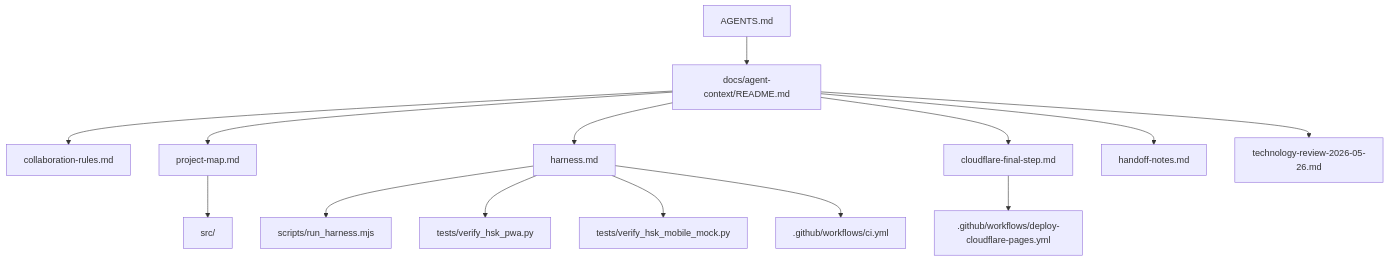
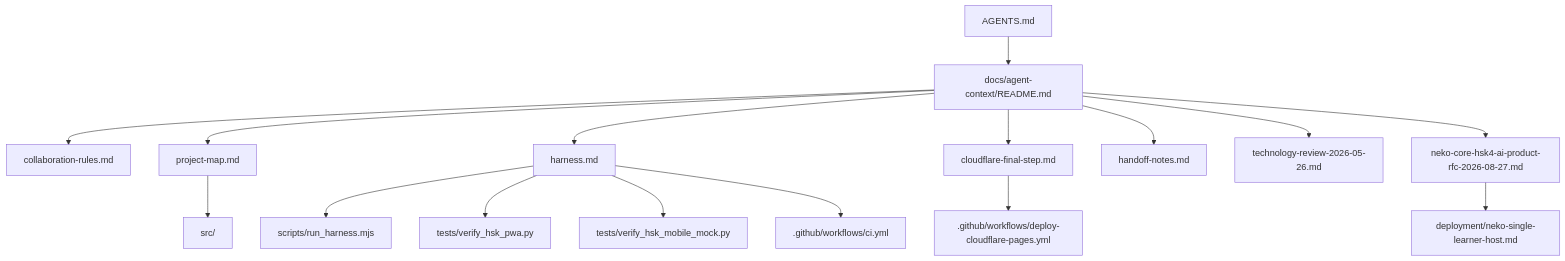
One commit to meiiie/hong_hsk changed the diagram in docs/agent-context/README.md. Above: the diagram before and after it, drawn with Mermaid. The commit also changed other lines of this file and 67 other files, not shown here.

First line of the commit message:
Remove legacy AI and prepare Neko Core foundation (#31)

````diff
--- a/docs/agent-context/README.md
+++ b/docs/agent-context/README.md
@@ -21,16 +23,18 @@
 ```mermaid
 flowchart TD
   A["AGENTS.md"] --> B["docs/agent-context/README.md"]
   B --> C["collaboration-rules.md"]
   B --> D["project-map.md"]
   B --> E["harness.md"]
   B --> F["cloudflare-final-step.md"]
   B --> G["handoff-notes.md"]
   B --> N["technology-review-2026-05-26.md"]
+  B --> O["neko-core-hsk4-ai-product-rfc-2026-08-27.md"]
+  O --> P["deployment/neko-single-learner-host.md"]
   E --> H["scripts/run_harness.mjs"]
   E --> I["tests/verify_hsk_pwa.py"]
   E --> J["tests/verify_hsk_mobile_mock.py"]
   E --> K[".github/workflows/ci.yml"]
   F --> L[".github/workflows/deploy-cloudflare-pages.yml"]
   D --> M["src/"]
 ```
````
